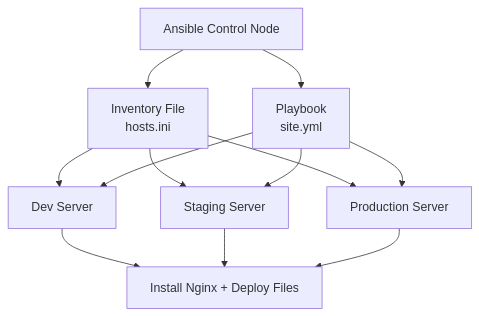
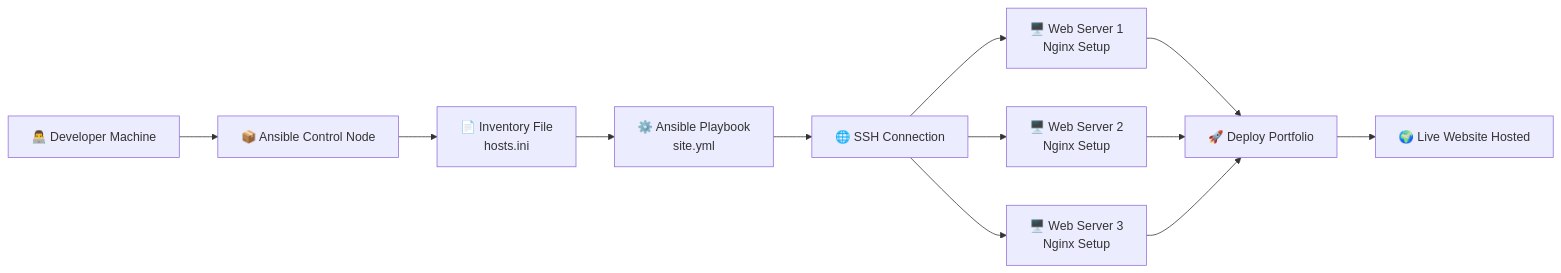
One commit to sk7652183-rgb/Ansible_Projects changed the diagram in README.md. Above: the diagram before and after it, drawn with Mermaid.

Commit message:
Revise flowchart in README for clarity
Updated flowchart to reflect changes in architecture and added icons for better visualization.

````diff
--- a/README.md
+++ b/README.md
@@ -14,19 +14,23 @@
 ```mermaid
-flowchart TB
 
-A[Ansible Control Node] --> B[Inventory File<br>hosts.ini]
-A --> C[Playbook<br>site.yml]
+flowchart LR
 
-B --> D1[Dev Server]
-B --> D2[Staging Server]
-B --> D3[Production Server]
+A[👨‍💻 Developer Machine] --> B[📦 Ansible Control Node]
 
-C --> D1
-C --> D2
-C --> D3
+B --> C[📄 Inventory File<br>hosts.ini]
 
-D1 --> E[Install Nginx + Deploy Files]
-D2 --> E
-D3 --> E
+C --> D[⚙️ Ansible Playbook<br>site.yml]
+
+D --> E[🌐 SSH Connection]
+
+E --> F1[🖥️ Web Server 1<br>Nginx Setup]
+E --> F2[🖥️ Web Server 2<br>Nginx Setup]
+E --> F3[🖥️ Web Server 3<br>Nginx Setup]
+
+F1 --> G[🚀 Deploy Portfolio]
+F2 --> G
+F3 --> G
+
+G --> H[🌍 Live Website Hosted]
 
 ```
````
